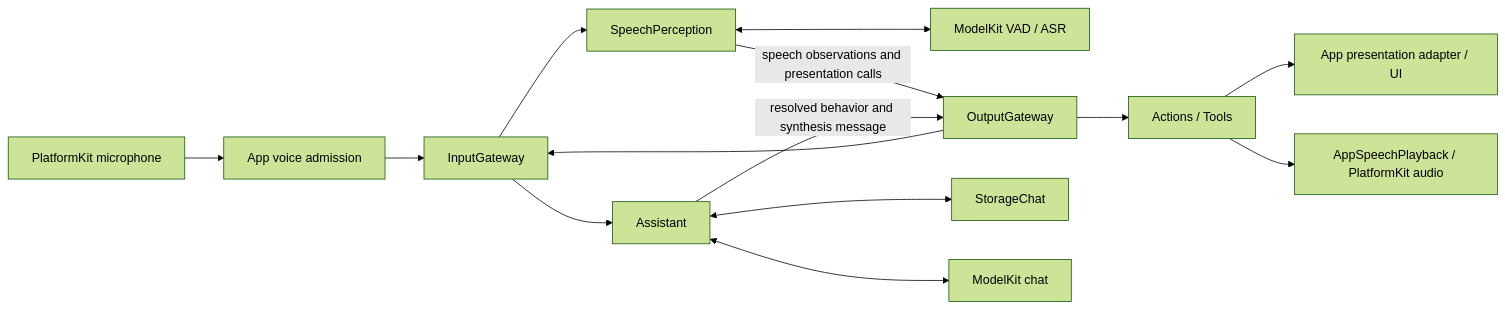
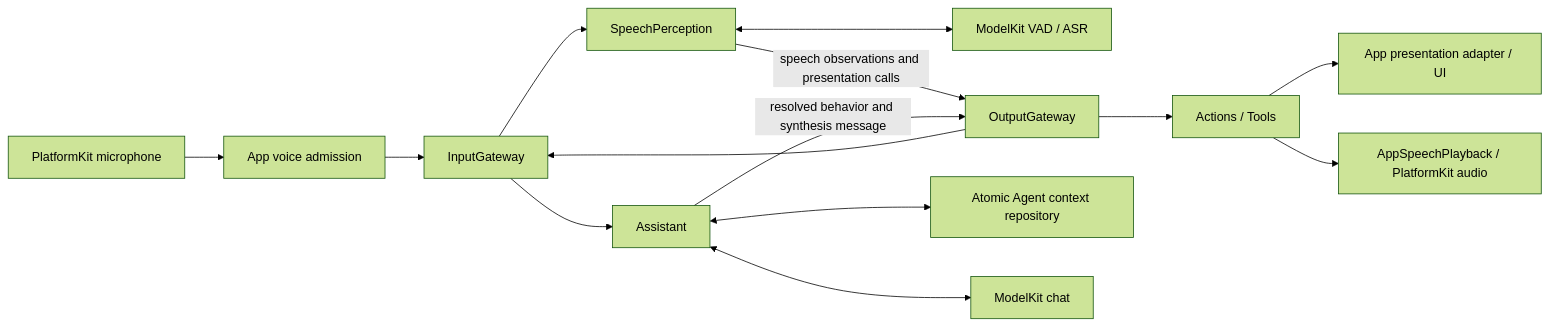
Before and after one commit to devilyouwei/MobileHarness: diagram 15 of 33 in MobileHarness/README.md, drawn with Mermaid (forest theme). The commit also changed other lines of this file and 116 other files, not shown here.

````diff
--- a/MobileHarness/README.md
+++ b/MobileHarness/README.md
@@ -730,16 +974,16 @@
 ```mermaid
 flowchart LR
     Mic[PlatformKit microphone] --> App[App voice admission]
     App --> Input[InputGateway]
     Input --> Perception[SpeechPerception]
     Perception <--> Models[ModelKit VAD / ASR]
     Perception -->|speech observations and presentation calls| Output[OutputGateway]
     Output --> Input
     Input --> Assistant
-    Assistant <--> History[StorageChat]
+    Assistant <--> History[Atomic Agent context repository]
     Assistant <--> Chat[ModelKit chat]
     Assistant -->|resolved behavior and synthesis message| Output
     Output --> Behavior[Actions / Tools]
     Behavior --> UI[App presentation adapter / UI]
     Behavior --> Speaker[AppSpeechPlayback / PlatformKit audio]
 ```
````
